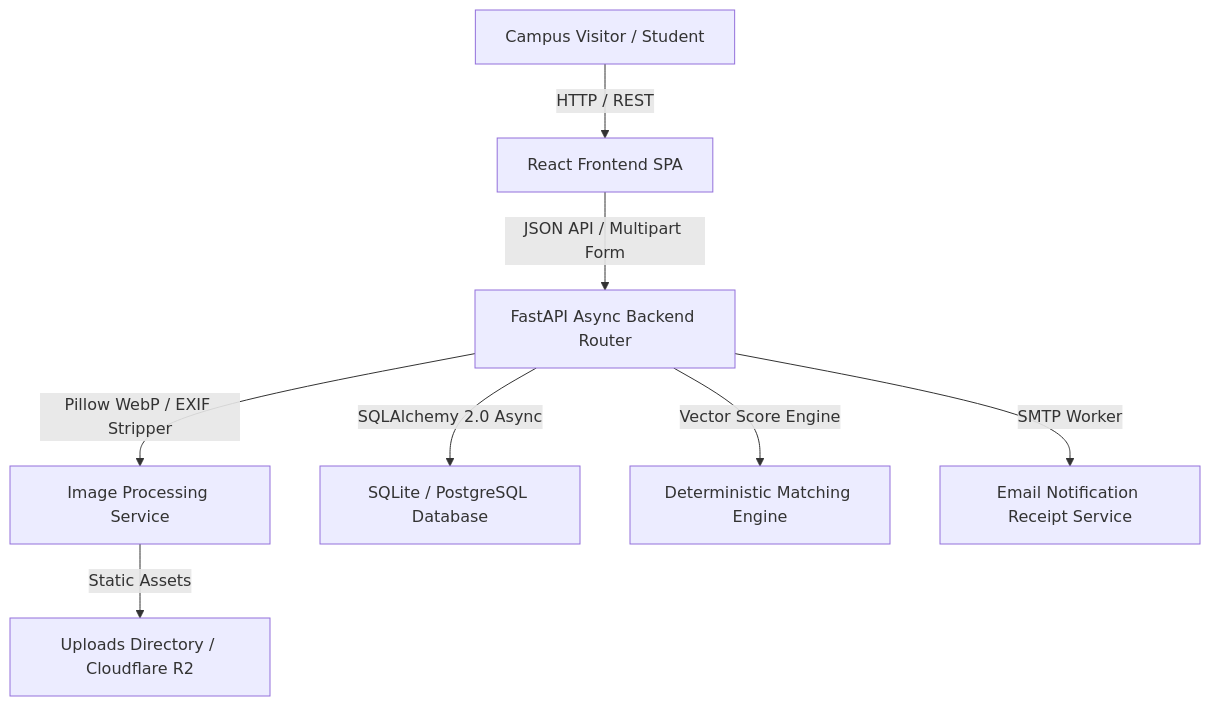
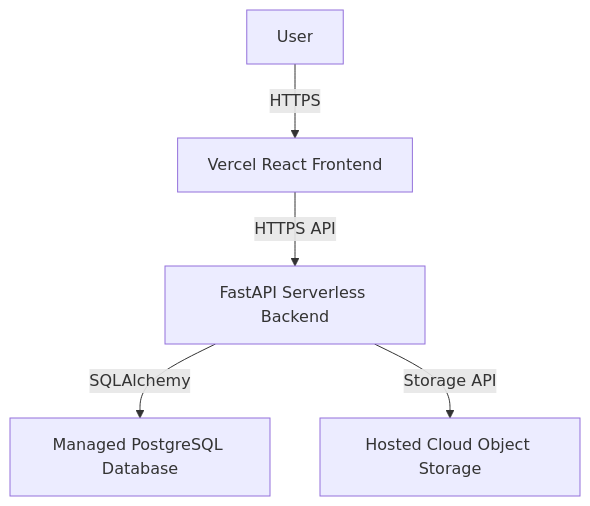
The first of 2 diagrams in README.md (a7hu-15/lost-and-found), drawn with Mermaid before and after one commit. The commit also changed other lines of this file, not shown here.

Commit message:
docs: update readme with local deployment instructions and new architecture

````diff
--- a/README.md
+++ b/README.md
@@ -23,10 +23,7 @@
 ```mermaid
 graph TD
-    A[Campus Visitor / Student] -->|HTTP / REST| B[React Frontend SPA]
-    B -->|JSON API / Multipart Form| C[FastAPI Async Backend Router]
-    C -->|Pillow WebP / EXIF Stripper| D[Image Processing Service]
-    D -->|Static Assets| E[Uploads Directory / Cloudflare R2]
-    C -->|SQLAlchemy 2.0 Async| F[SQLite / PostgreSQL Database]
-    C -->|Vector Score Engine| G[Deterministic Matching Engine]
-    C -->|SMTP Worker| H[Email Notification Receipt Service]
+    A[User] -->|HTTPS| B[Vercel React Frontend]
+    B -->|HTTPS API| C[FastAPI Serverless Backend]
+    C -->|SQLAlchemy| D[Managed PostgreSQL Database]
+    C -->|Storage API| E[Hosted Cloud Object Storage]
 ```
````
